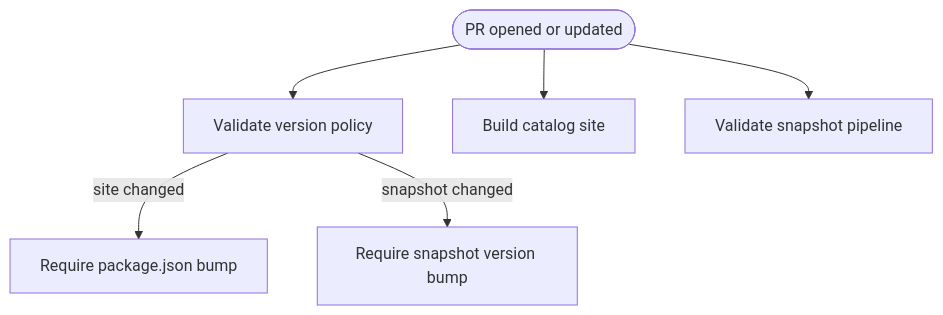
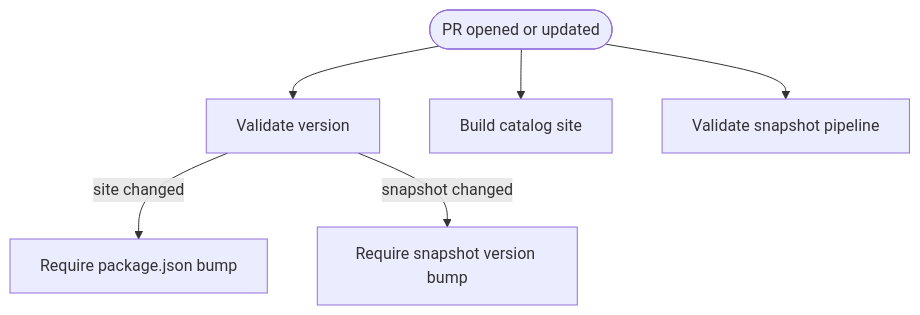
The first of 2 diagrams in README.md (favicon-catalog/favicon-catalog.github.io), drawn with Mermaid before and after one commit. The commit also changed other lines of this file and 21 other files, not shown here.

````diff
--- a/README.md
+++ b/README.md
@@ -132,8 +134,8 @@
 ```mermaid
 flowchart TD
-    PR([PR opened or updated]) --> ValPolicy[Validate version policy]
-    ValPolicy -->|site changed| Pkg[Require package.json bump]
-    ValPolicy -->|snapshot changed| Snap[Require snapshot version bump]
+    PR([PR opened or updated]) --> ValVersion[Validate version]
+    ValVersion -->|site changed| Pkg[Require package.json bump]
+    ValVersion -->|snapshot changed| Snap[Require snapshot version bump]
     PR --> BuildSite[Build catalog site]
     PR --> ValSnap[Validate snapshot pipeline]
 ```
````
